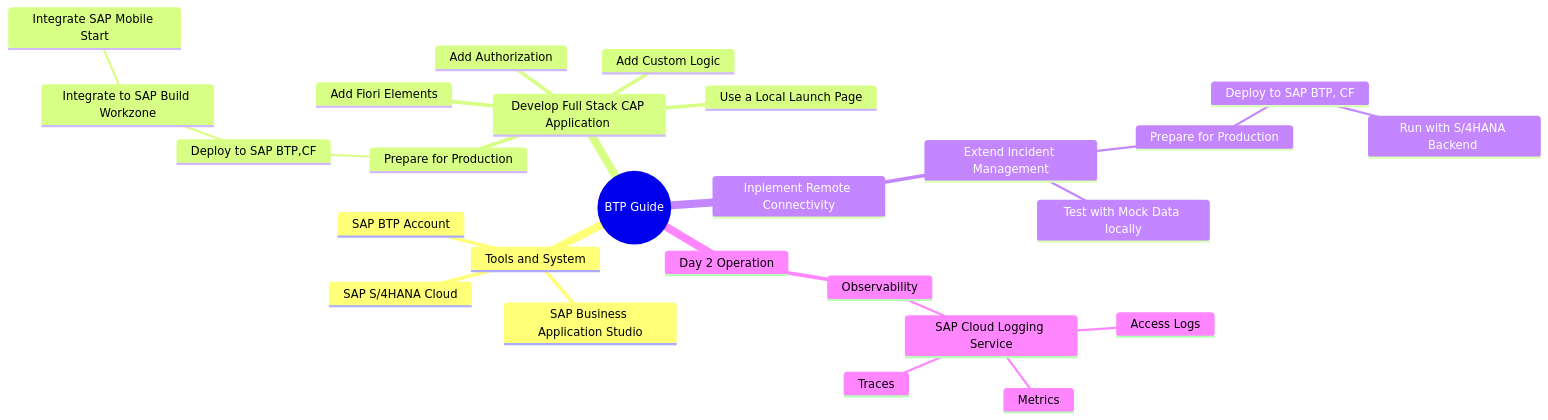
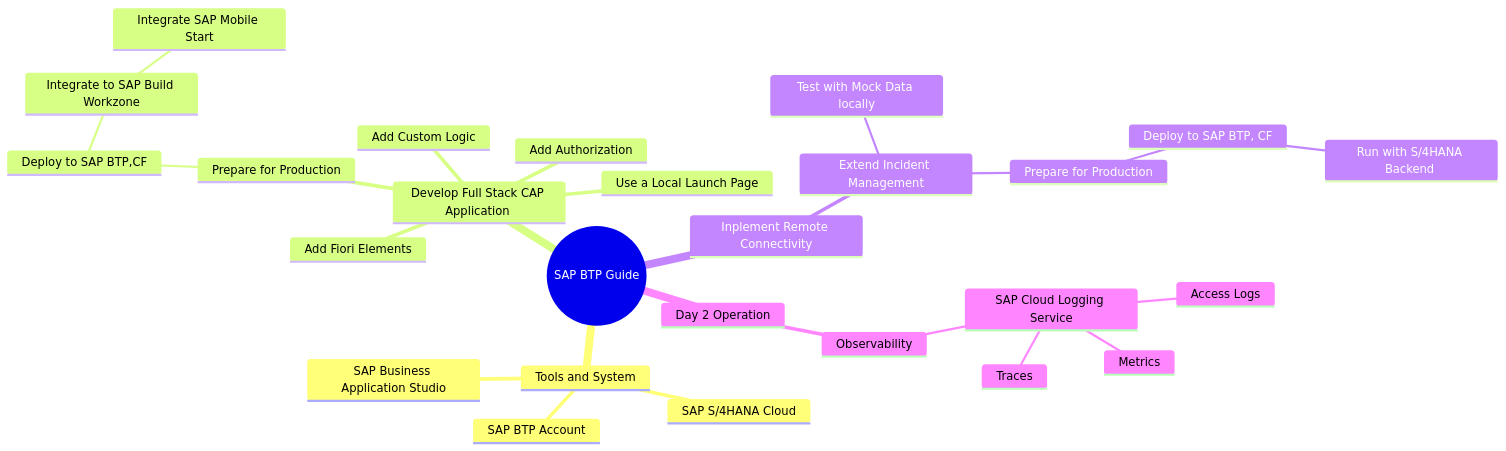
One commit to ejazsyed/validation-issue changed the first of 4 diagrams in README.md. Above: the diagram before and after it, drawn with Mermaid.

````diff
--- a/README.md
+++ b/README.md
@@ -7,31 +7,31 @@
 ```mermaid
    mindmap
-  root((BTP Guide))
+  root((SAP BTP Guide))
     Tools and System
       SAP Business Application Studio
       SAP S/4HANA Cloud
       SAP BTP Account
     Develop Full Stack CAP Application 
       Add Custom Logic
       Add Fiori Elements
       Use a Local Launch Page
       Add Authorization
       Prepare for Production
         Deploy to SAP BTP,CF
           Integrate to SAP Build Workzone
             Integrate SAP Mobile Start
     Inplement Remote Connectivity
       Extend Incident Management
         Test with Mock Data locally
         Prepare for Production
           Deploy to SAP BTP, CF
             Run with S/4HANA Backend 
     Day 2 Operation
       Observability
         SAP Cloud Logging Service
           Access Logs
           Metrics
           Traces
 
 
 ```
````
